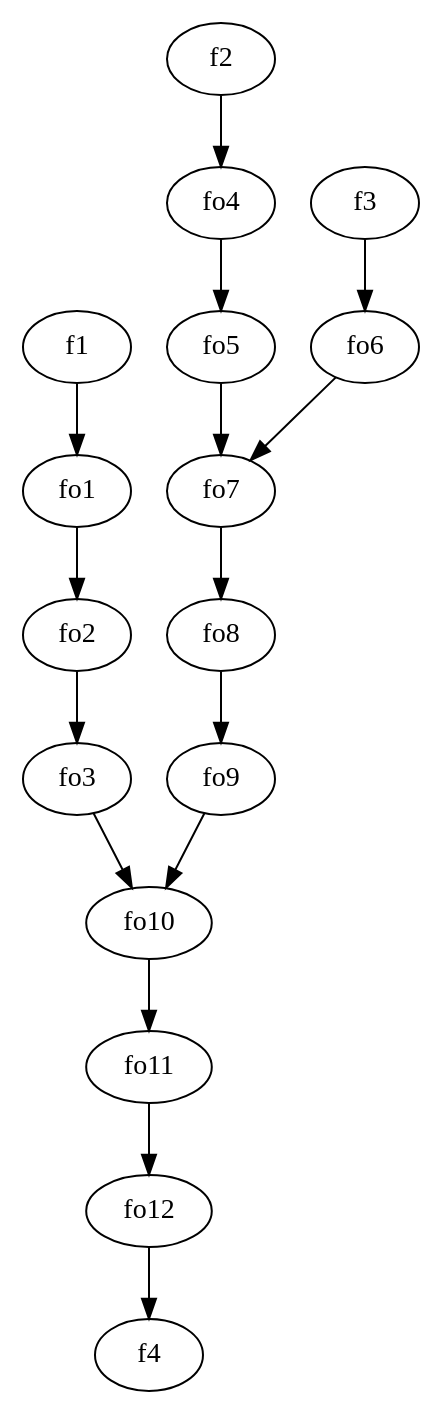
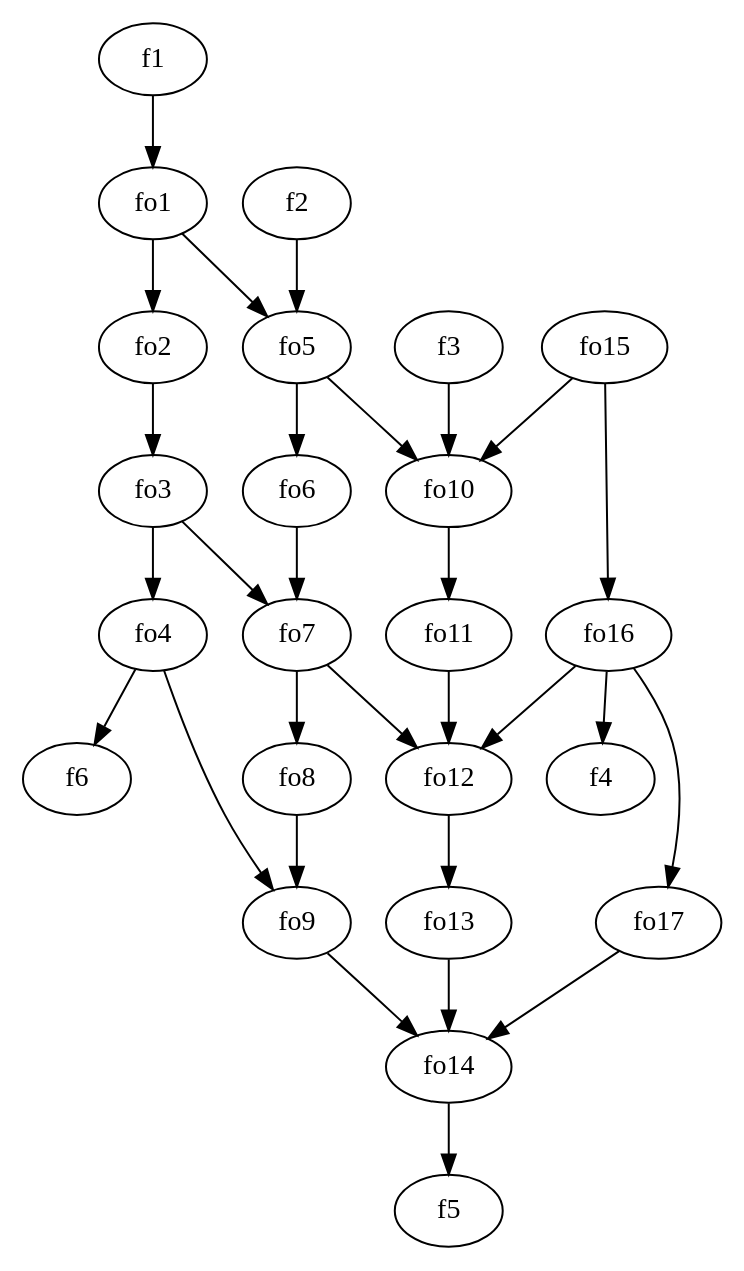
The diagram in TestCaseFiles/lrb/graph_info/lrb2_flow.dot (CIDARLAB/Vespa-Algorithm), drawn with Graphviz before and after one commit. The commit also changed 2435 other files, not shown here.

```diff
--- a/TestCaseFiles/lrb/graph_info/lrb2_flow.dot
+++ b/TestCaseFiles/lrb/graph_info/lrb2_flow.dot
@@ -1,33 +1,53 @@
 strict digraph  {
 f1;
 f2;
 f3;
 f4;
+f5;
+f6;
 fo1;
 fo2;
 fo3;
 fo4;
 fo5;
 fo6;
 fo7;
 fo8;
 fo9;
 fo10;
 fo11;
 fo12;
+fo13;
+fo14;
+fo15;
+fo16;
+fo17;
 f1 -> fo1  [weight=2];
-f2 -> fo4  [weight=2];
-f3 -> fo6  [weight=2];
+f2 -> fo5  [weight=2];
+f3 -> fo10  [weight=2];
 fo1 -> fo2  [weight=2];
+fo1 -> fo5  [weight=2];
 fo2 -> fo3  [weight=2];
-fo3 -> fo10  [weight=2];
-fo4 -> fo5  [weight=2];
-fo5 -> fo7  [weight=2];
+fo3 -> fo4  [weight=2];
+fo3 -> fo7  [weight=2];
+fo4 -> f6  [weight=2];
+fo4 -> fo9  [weight=2];
+fo5 -> fo6  [weight=2];
+fo5 -> fo10  [weight=2];
 fo6 -> fo7  [weight=2];
 fo7 -> fo8  [weight=2];
+fo7 -> fo12  [weight=2];
 fo8 -> fo9  [weight=2];
-fo9 -> fo10  [weight=2];
+fo9 -> fo14  [weight=2];
 fo10 -> fo11  [weight=2];
 fo11 -> fo12  [weight=2];
-fo12 -> f4  [weight=2];
+fo12 -> fo13  [weight=2];
+fo13 -> fo14  [weight=2];
+fo14 -> f5  [weight=2];
+fo15 -> fo10  [weight=2];
+fo15 -> fo16  [weight=2];
+fo16 -> fo12  [weight=2];
+fo16 -> fo17  [weight=2];
+fo16 -> f4  [weight=2];
+fo17 -> fo14  [weight=2];
 }
```
